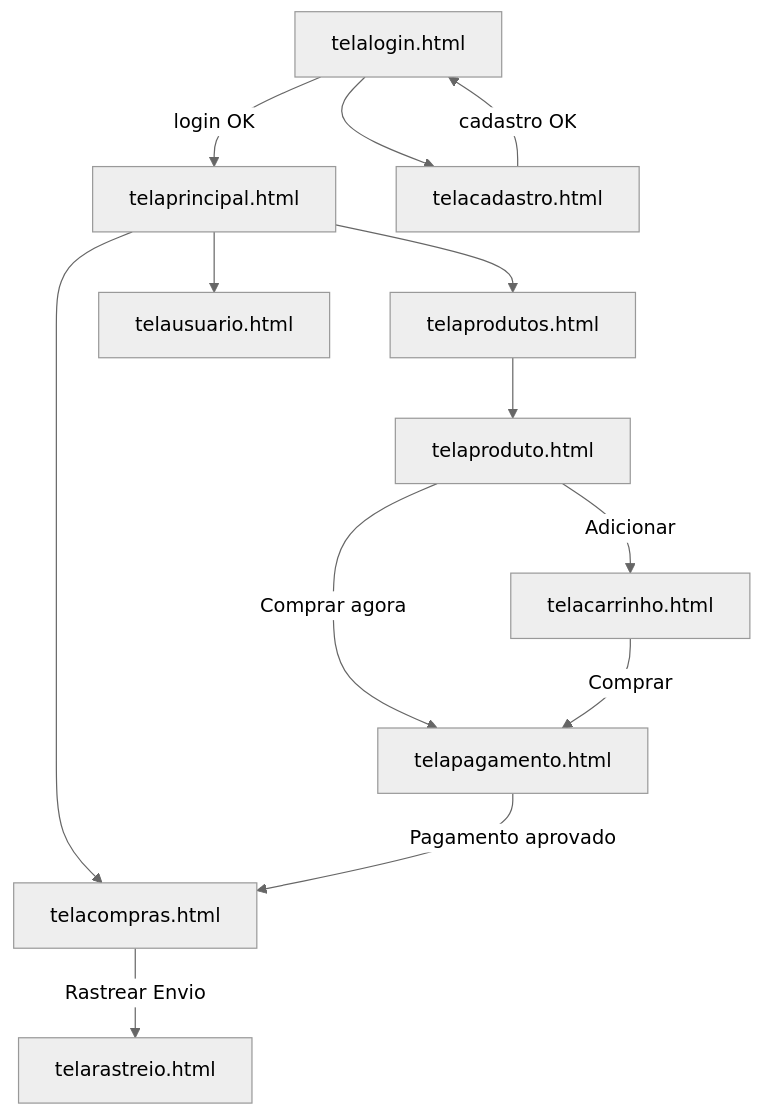
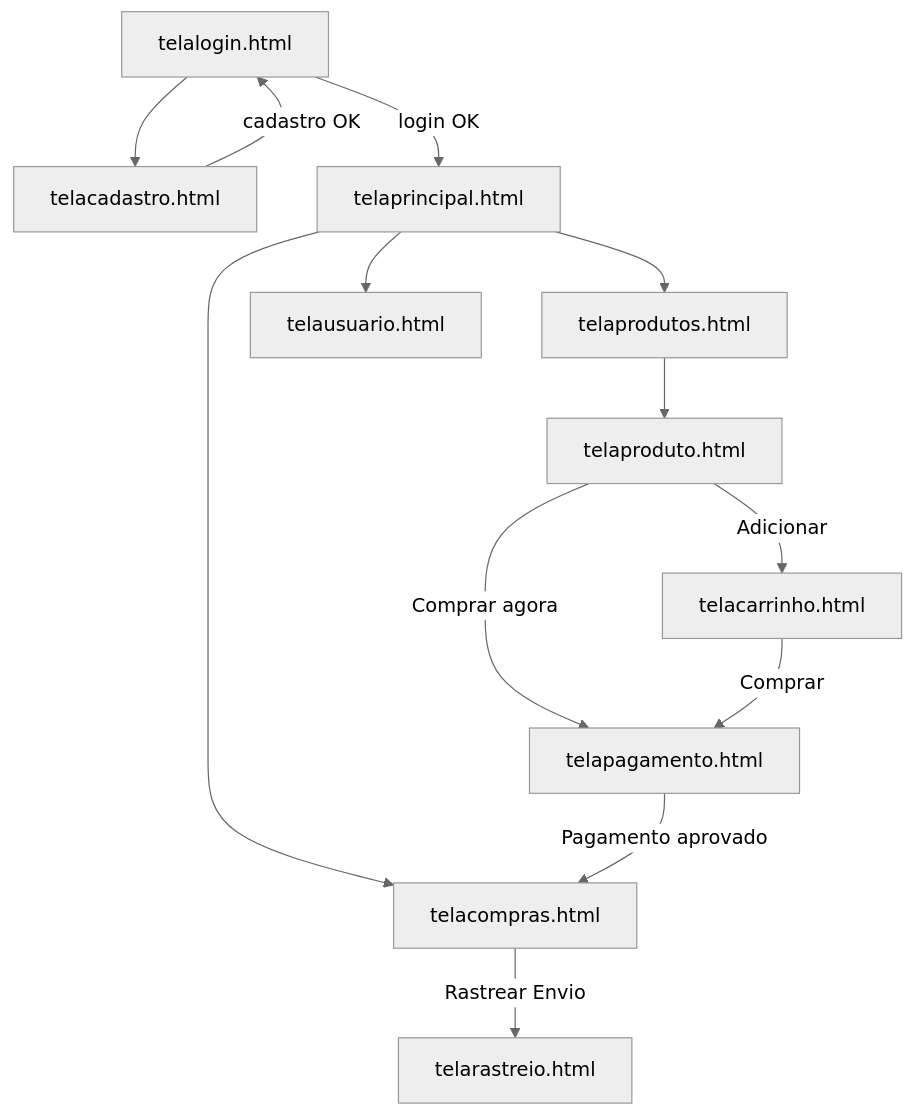
The third of 7 diagrams in readme.md (Muzgeist/nexus_site), drawn with Mermaid (neutral theme) before and after one commit. The commit also changed other lines of this file and 1 other file, not shown here.

Commit message:
readme fix

````diff
--- a/readme.md
+++ b/readme.md
@@ -82,19 +82,30 @@
 ```mermaid
 flowchart TD
-    Login[telalogin.html] -->|login OK| Principal[telaprincipal.html]
-    Login --> Cadastro[telacadastro.html]
+    Login[telalogin.html]
+    Cadastro[telacadastro.html]
+    Principal[telaprincipal.html]
+    Produtos[telaprodutos.html]
+    ProdutoDetalhe[telaproduto.html]
+    Usuario[telausuario.html]
+    Carrinho[telacarrinho.html]
+    Pagamento[telapagamento.html]
+    Pedidos[telacompras.html]
+    Rastreio[telarastreio.html]
+
+    Login -->|login OK| Principal
+    Login --> Cadastro
     Cadastro -->|cadastro OK| Login
 
-    Principal --> Produtos[telaprodutos.html]
-    Principal --> Usuario[telausuario.html]
-    Principal --> Pedidos[telacompras.html]
+    Principal --> Produtos
+    Principal --> Usuario
+    Principal --> Pedidos
 
-    Produtos --> ProdutoDetalhe[telaproduto.html]
-    ProdutoDetalhe -->|Comprar agora| Pagamento[telapagamento.html]
-    ProdutoDetalhe -->|Adicionar| Carrinho[telacarrinho.html]
+    Produtos --> ProdutoDetalhe
+    ProdutoDetalhe -->|Comprar agora| Pagamento
+    ProdutoDetalhe -->|Adicionar| Carrinho
 
     Carrinho -->|Comprar| Pagamento
     Pagamento -->|Pagamento aprovado| Pedidos
 
-    Pedidos -->|Rastrear Envio| Rastreio[telarastreio.html]
+    Pedidos -->|Rastrear Envio| Rastreio
 ```
````
